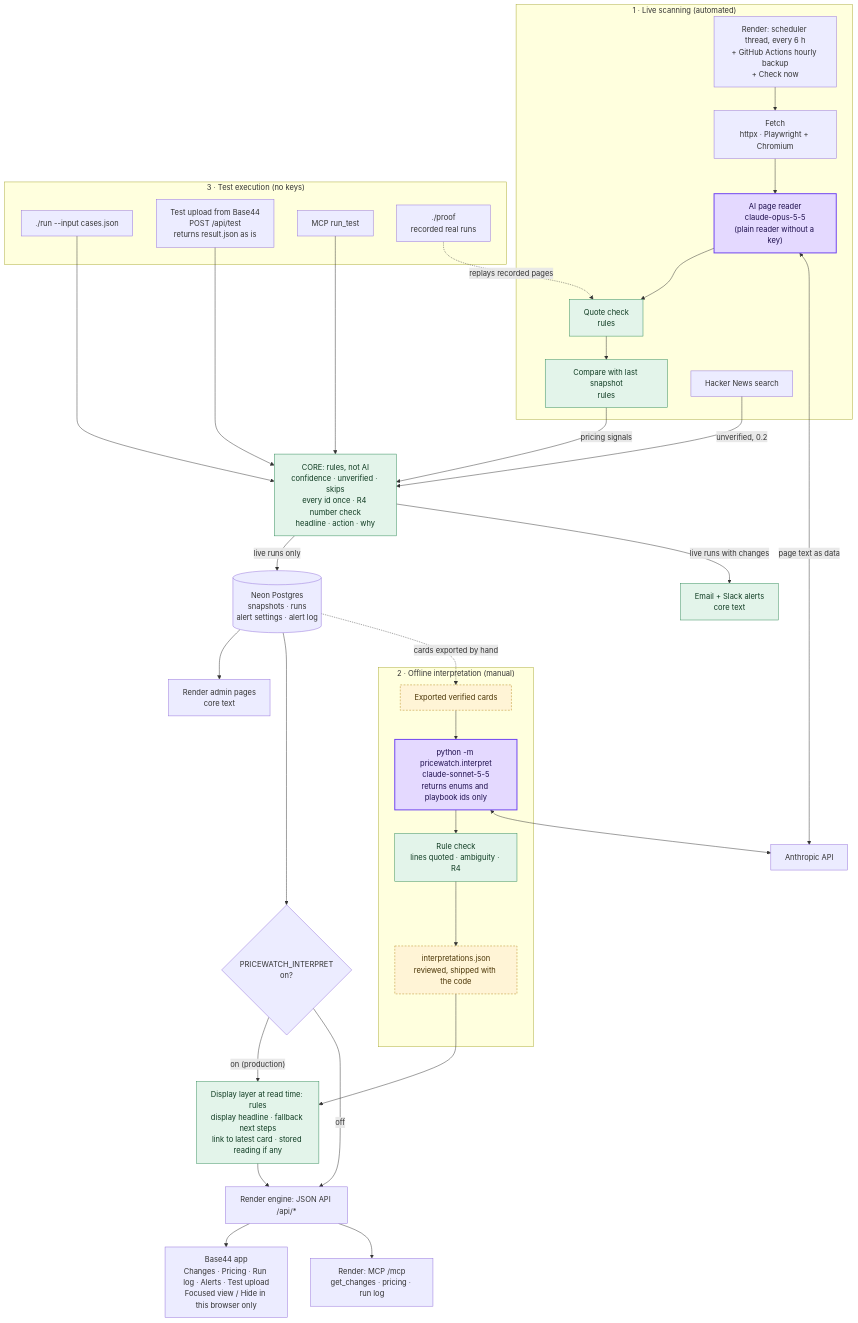
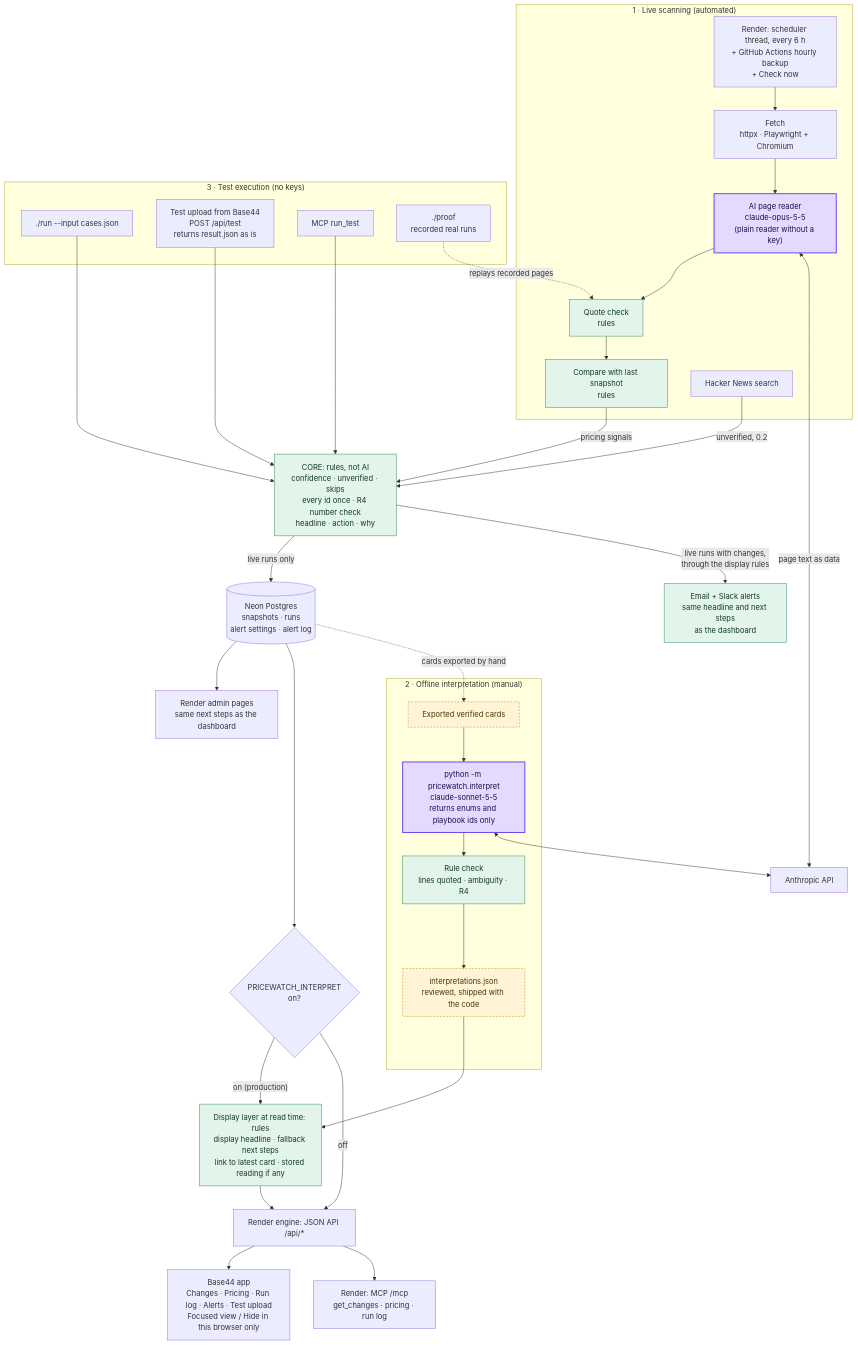
Before and after one commit to bermanguy/brightloop-ai-marketing-builder: the second of 2 diagrams in README.md, drawn with Mermaid. The commit also changed other lines of this file and 8 other files, not shown here.

First line of the commit message:
Run log, alerts and admin pages show the same next steps as the Changes tab (D45)

````diff
--- a/README.md
+++ b/README.md
@@ -89,63 +89,63 @@
 ```mermaid
 flowchart TB
     subgraph LIVE["1 · Live scanning (automated)"]
         sched["Render: scheduler thread, every 6 h<br/>+ GitHub Actions hourly backup<br/>+ Check now"]
         fetch["Fetch<br/>httpx · Playwright + Chromium"]
         reader["AI page reader<br/>claude-opus-5-5<br/>(plain reader without a key)"]
         qc["Quote check<br/>rules"]
         cmp["Compare with last snapshot<br/>rules"]
         hn["Hacker News search"]
     end
 
     subgraph TEST["3 · Test execution (no keys)"]
         cli["./run --input cases.json"]
         upload["Test upload from Base44<br/>POST /api/test<br/>returns result.json as is"]
         mcptest["MCP run_test"]
         proof["./proof<br/>recorded real runs"]
     end
 
     core["CORE: rules, not AI<br/>confidence · unverified · skips<br/>every id once · R4 number check<br/>headline · action · why"]
 
     subgraph OFFLINE["2 · Offline interpretation (manual)"]
         export["Exported verified cards"]
         interp["python -m pricewatch.interpret<br/>claude-sonnet-5-5<br/>returns enums and playbook ids only"]
         check["Rule check<br/>lines quoted · ambiguity · R4"]
         file["interpretations.json<br/>reviewed, shipped with the code"]
     end
 
     claude["Anthropic API"]
     db[("Neon Postgres<br/>snapshots · runs<br/>alert settings · alert log")]
     flag{"PRICEWATCH_INTERPRET<br/>on?"}
     display["Display layer at read time: rules<br/>display headline · fallback next steps<br/>link to latest card · stored reading if any"]
     api["Render engine: JSON API /api/*"]
     mcp["Render: MCP /mcp<br/>get_changes · pricing · run log"]
-    notify["Email + Slack alerts<br/>core text"]
-    admin["Render admin pages<br/>core text"]
+    notify["Email + Slack alerts<br/>same headline and next steps<br/>as the dashboard"]
+    admin["Render admin pages<br/>same next steps as the dashboard"]
     b44["Base44 app<br/>Changes · Pricing · Run log · Alerts · Test upload<br/>Focused view / Hide in this browser only"]
 
     sched --> fetch --> reader --> qc --> cmp -->|"pricing signals"| core
     reader <-->|"page text as data"| claude
     hn -->|"unverified, 0.2"| core
     cli --> core
     upload --> core
     mcptest --> core
     proof -.->|"replays recorded pages"| qc
     core -->|"live runs only"| db
-    core -->|"live runs with changes"| notify
+    core -->|"live runs with changes,<br/>through the display rules"| notify
     db --> admin
     db --> flag
     flag -->|"on (production)"| display --> api
     flag -->|"off"| api
     file --> display
     api --> b44
     api --> mcp
     db -.->|"cards exported by hand"| export --> interp --> check --> file
     interp <--> claude
 
     classDef ai fill:#e4d9ff,stroke:#6a3df0,stroke-width:2px,color:#1e0f4d
     classDef rule fill:#e3f4ea,stroke:#2f8a57,color:#0f3b22
     classDef offline fill:#fff4d6,stroke:#b7871b,stroke-dasharray:4 3,color:#4a3405
     class reader,interp ai
     class qc,cmp,core,check,display,notify rule
     class export,file offline
 ```
````
